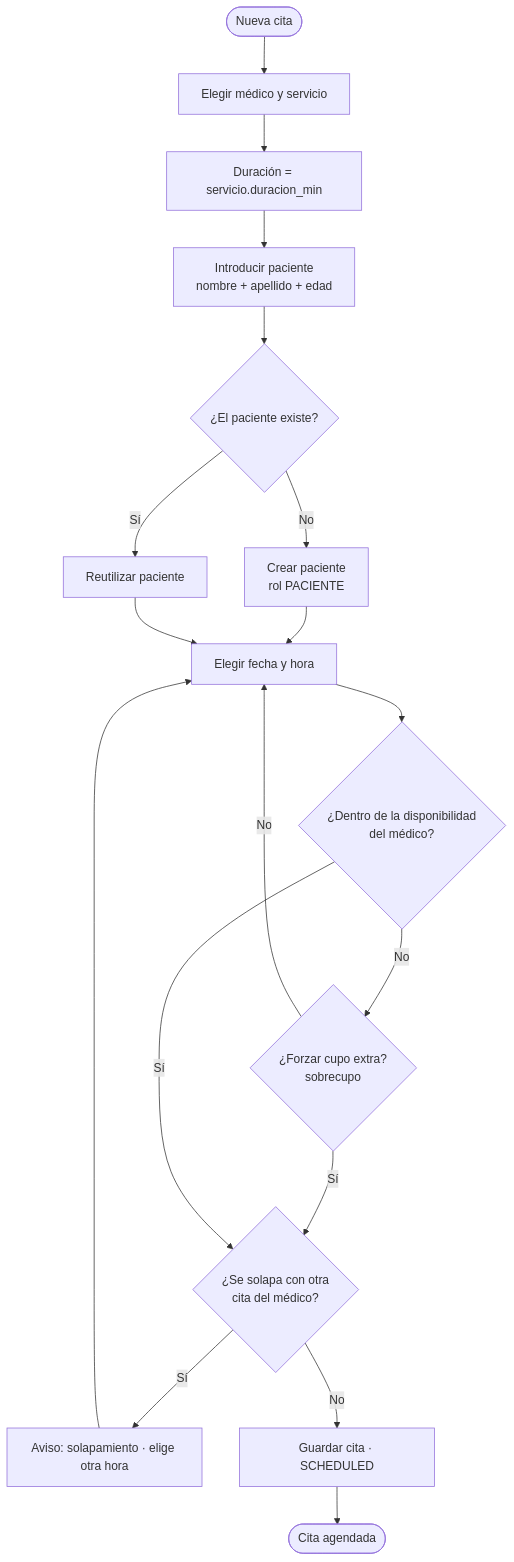
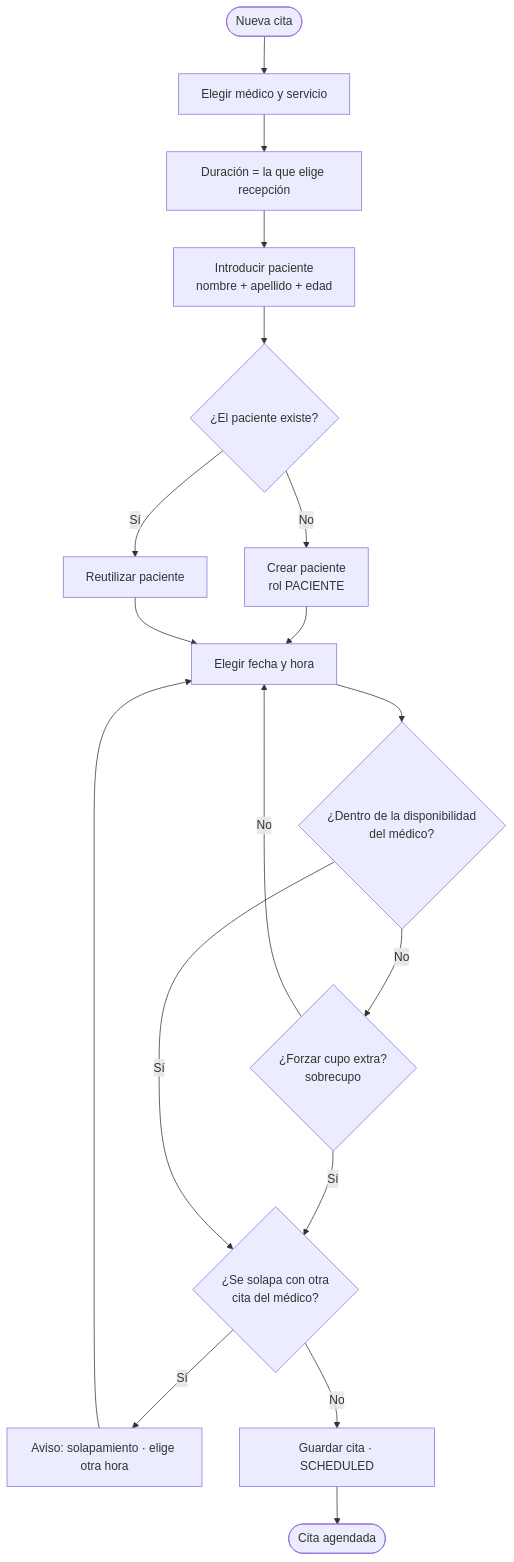
The second of 2 diagrams in docs/FLUJO-USUARIO.md (DhanaCorredor/diagnostico-backend), drawn with Mermaid before and after one commit. The commit also changed other lines of this file and 9 other files, not shown here.

````diff
--- a/docs/FLUJO-USUARIO.md
+++ b/docs/FLUJO-USUARIO.md
@@ -43,20 +42,20 @@
 ```mermaid
 flowchart TD
     S([Nueva cita]) --> R[Elegir médico y servicio]
-    R --> R1[Duración = servicio.duracion_min]
+    R --> R1[Duración = la que elige recepción]
     R1 --> C1[Introducir paciente<br/>nombre + apellido + edad]
     C1 --> P{¿El paciente existe?}
     P -- No --> P1[Crear paciente<br/>rol PACIENTE]
     P1 --> T
     P -- Sí --> P2[Reutilizar paciente]
     P2 --> T[Elegir fecha y hora]
     T --> U{¿Dentro de la disponibilidad<br/>del médico?}
     U -- No --> Vov{¿Forzar cupo extra?<br/>sobrecupo}
     Vov -- No --> T
     Vov -- Sí --> W
     U -- Sí --> W{¿Se solapa con otra<br/>cita del médico?}
     W -- Sí --> X[Aviso: solapamiento · elige otra hora]
     X --> T
     W -- No --> Y[Guardar cita · SCHEDULED]
     Y --> Z([Cita agendada])
 ```
````
